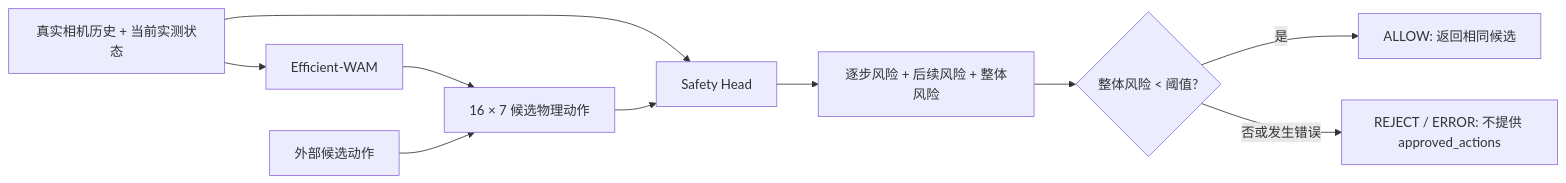
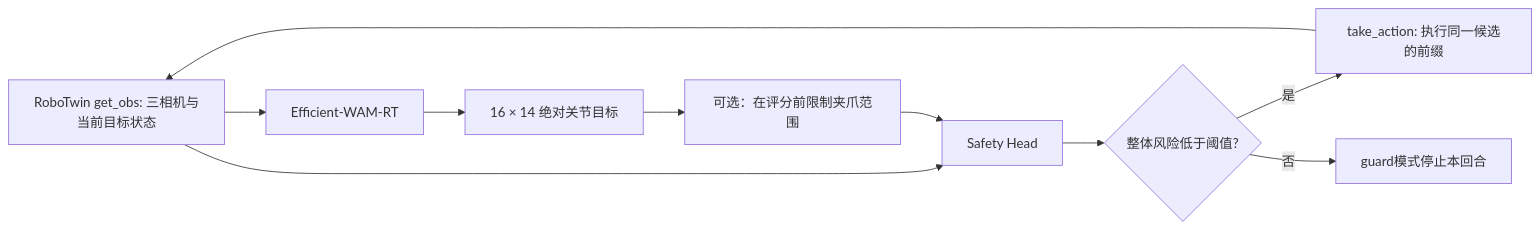
One commit to maxiaovivi/WAtcher changed the diagram in README.md. Above: the diagram before and after it, drawn with Mermaid. The commit also changed other lines of this file and 41 other files, not shown here.

Commit message:
Replace UR entrypoints with validated RoboTwin task and risk loop

````diff
--- a/README.md
+++ b/README.md
@@ -7,12 +7,12 @@
 ```mermaid
 flowchart LR
-  O[真实相机历史 + 当前实测状态] --> W[Efficient-WAM]
-  W --> A[16 × 7 候选物理动作]
-  E[外部候选动作] --> A
+  O[RoboTwin get_obs: 三相机与当前目标状态] --> W[Efficient-WAM-RT]
+  W --> A[16 × 14 绝对关节目标]
+  A --> P[可选：在评分前限制夹爪范围]
   O --> S[Safety Head]
-  A --> S
-  S --> R[逐步风险 + 后续风险 + 整体风险]
-  R --> G{整体风险 < 阈值?}
-  G -->|是| Y[ALLOW: 返回相同候选]
-  G -->|否或发生错误| N[REJECT / ERROR: 不提供 approved_actions]
+  P --> S
+  S --> G{整体风险低于阈值?}
+  G -->|是| E[take_action: 执行同一候选的前缀]
+  E --> O
+  G -->|否| H[guard模式停止本回合]
 ```
````
